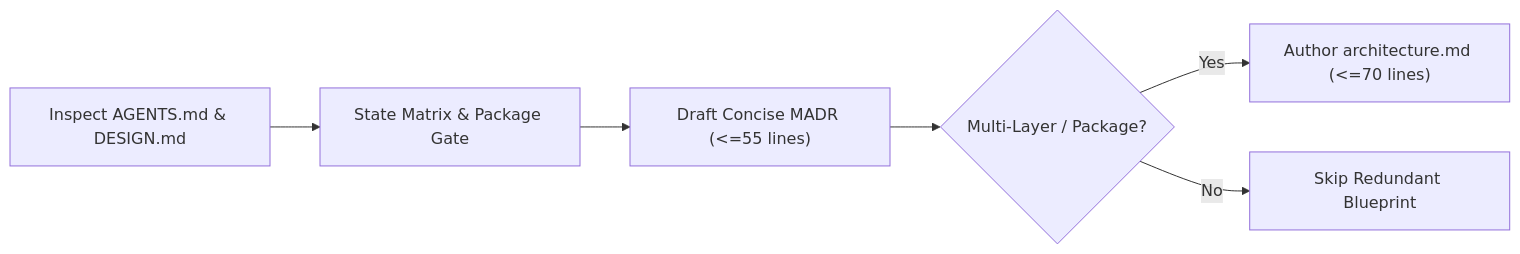
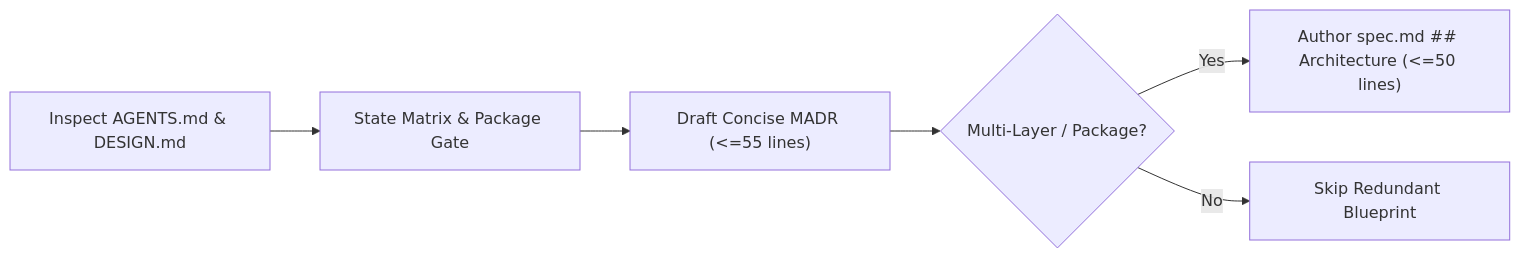
The diagram in plugins/antigravity/senior-dev-flutter/skills/flutter-architecture-decisions/SKILL.md (jggomez/expert-ai-developer-skills), drawn with Mermaid before and after one commit. The commit also changed other lines of this file and 259 other files, not shown here.

````diff
--- a/plugins/antigravity/senior-dev-flutter/skills/flutter-architecture-decisions/SKILL.md
+++ b/plugins/antigravity/senior-dev-flutter/skills/flutter-architecture-decisions/SKILL.md
@@ -22,8 +22,8 @@
 ```mermaid
 flowchart LR
     A["Inspect AGENTS.md & DESIGN.md"] --> B["State Matrix & Package Gate"]
     B --> C["Draft Concise MADR (<=55 lines)"]
     C --> D{"Multi-Layer / Package?"}
-    D -->|"Yes"| E["Author architecture.md (<=70 lines)"]
+    D -->|"Yes"| E["Author spec.md ## Architecture (<=50 lines)"]
     D -->|"No"| F["Skip Redundant Blueprint"]
 ```
````
